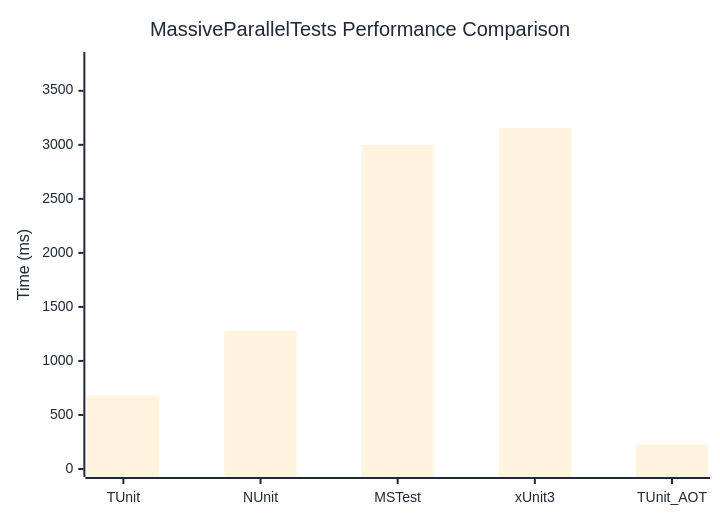
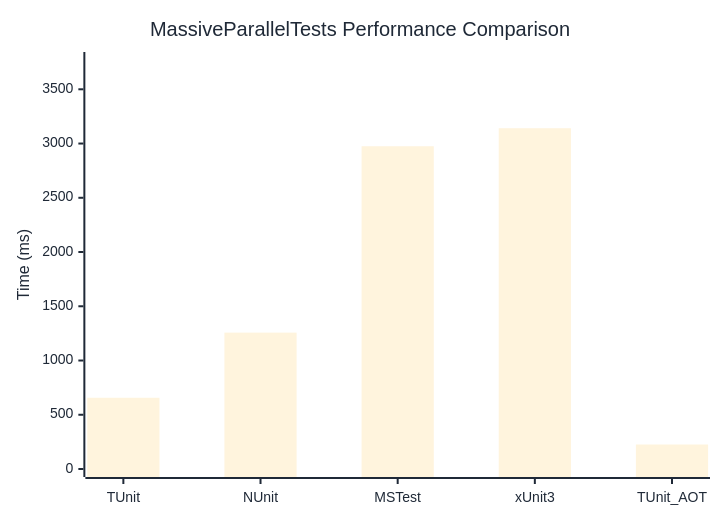
The diagram in docs/docs/benchmarks/MassiveParallelTests.md (thomhurst/TUnit), drawn with Mermaid before and after one commit. The commit also changed other lines of this file and 17 other files, not shown here.

````diff
--- a/docs/docs/benchmarks/MassiveParallelTests.md
+++ b/docs/docs/benchmarks/MassiveParallelTests.md
@@ -27,37 +27,37 @@
 ```mermaid
 %%{init: {
   'theme':'base',
   'themeVariables': {
     'primaryColor': '#2563eb',
     'primaryTextColor': '#1f2937',
     'primaryBorderColor': '#1e40af',
     'lineColor': '#6b7280',
     'secondaryColor': '#7c3aed',
     'tertiaryColor': '#dc2626',
     'background': '#ffffff',
     'mainBkg': '#2563eb',
     'secondBkg': '#7c3aed',
     'tertiaryBkg': '#dc2626',
     'clusterBkg': '#f3f4f6',
     'edgeLabelBackground': '#ffffff',
     'tertiaryTextColor': '#1f2937',
     'pie1': '#2563eb',
     'pie2': '#7c3aed',
     'pie3': '#dc2626',
     'pie4': '#f59e0b',
     'pie5': '#10b981',
     'pie6': '#06b6d4',
     'pie7': '#ec4899',
     'pie8': '#6366f1',
     'pie9': '#84cc16',
     'pie10': '#f97316',
     'pie11': '#14b8a6',
     'pie12': '#a855f7'
   }
 }}%%
 xychart-beta
   title "MassiveParallelTests Performance Comparison"
   x-axis ["TUnit", "NUnit", "MSTest", "xUnit3", "TUnit_AOT"]
-  y-axis "Time (ms)" 0 --> 3785
-  bar [679.9, 1281.5, 2999.4, 3154, 227]
+  y-axis "Time (ms)" 0 --> 3770
+  bar [656.6, 1257.2, 2975, 3141.2, 225.7]
 ```
````
